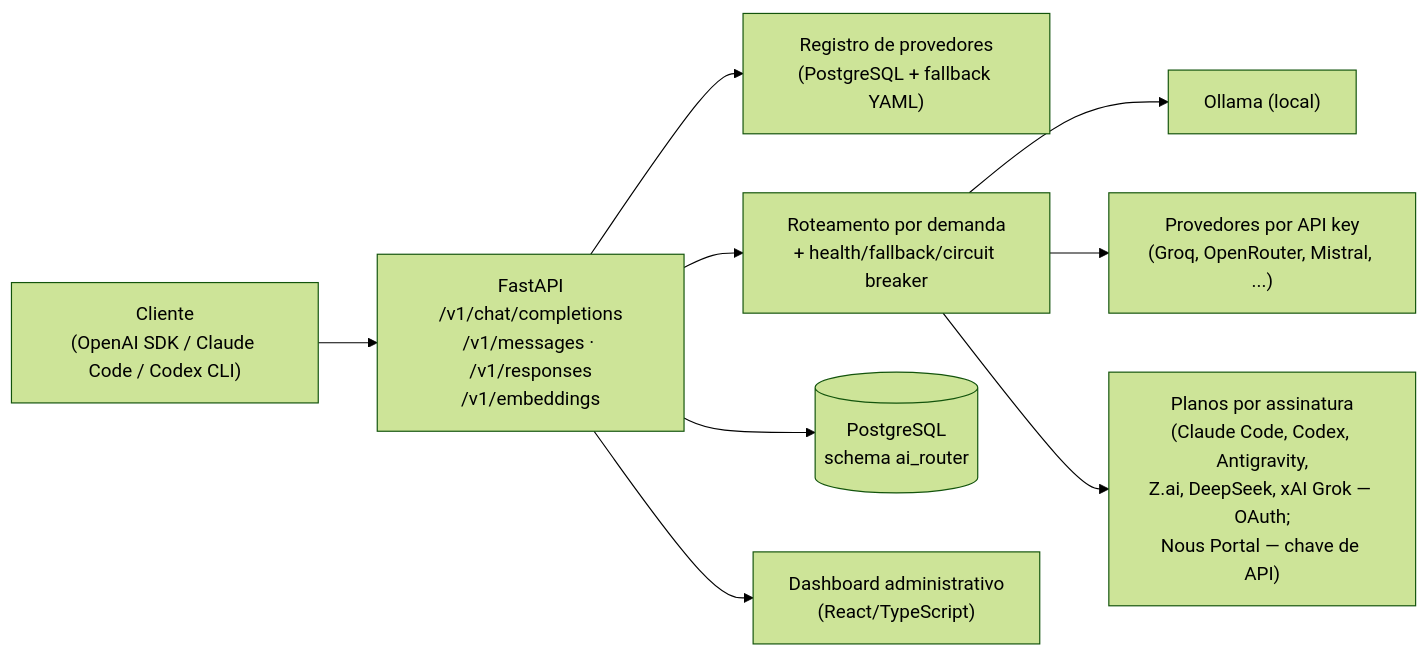
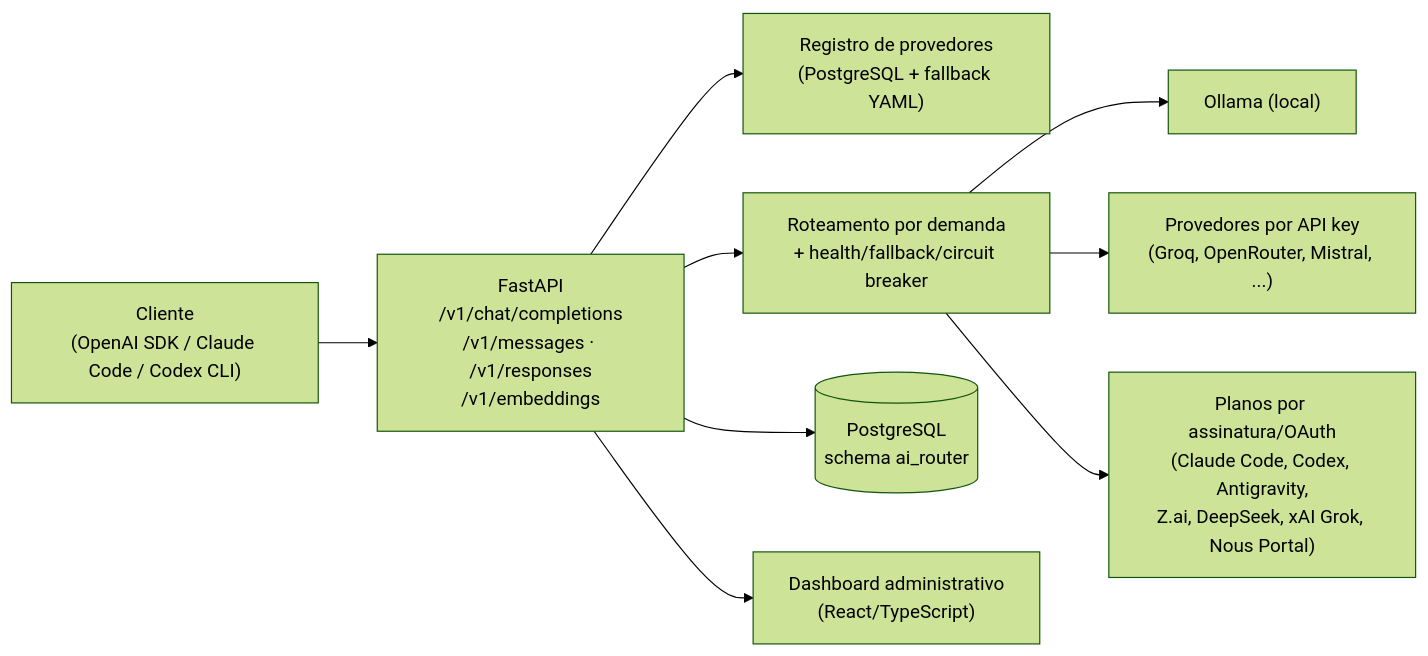
The diagram in README.md (marcelodarckferreira/ForgeRouter), drawn with Mermaid (forest theme) before and after one commit. The commit also changed other lines of this file and 2 other files, not shown here.

First line of the commit message:
Revert Nous Portal to the OAuth/hermes-proxy path

````diff
--- a/README.md
+++ b/README.md
@@ -78,11 +78,11 @@
 ```mermaid
 flowchart LR
     Client["Cliente\n(OpenAI SDK / Claude Code / Codex CLI)"] --> API["FastAPI\n/v1/chat/completions\n/v1/messages · /v1/responses\n/v1/embeddings"]
     API --> Registry["Registro de provedores\n(PostgreSQL + fallback YAML)"]
     API --> Routing["Roteamento por demanda\n+ health/fallback/circuit breaker"]
     Routing --> Local["Ollama (local)"]
     Routing --> ApiKey["Provedores por API key\n(Groq, OpenRouter, Mistral, ...)"]
-    Routing --> OAuth["Planos por assinatura\n(Claude Code, Codex, Antigravity,\nZ.ai, DeepSeek, xAI Grok — OAuth;\nNous Portal — chave de API)"]
+    Routing --> OAuth["Planos por assinatura/OAuth\n(Claude Code, Codex, Antigravity,\nZ.ai, DeepSeek, xAI Grok, Nous Portal)"]
     API --> DB[(PostgreSQL\nschema ai_router)]
     API --> Dashboard["Dashboard administrativo\n(React/TypeScript)"]
 ```
````
